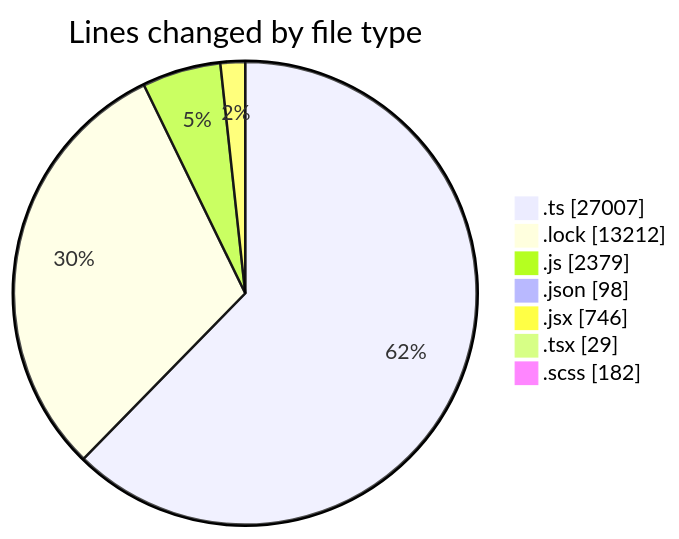
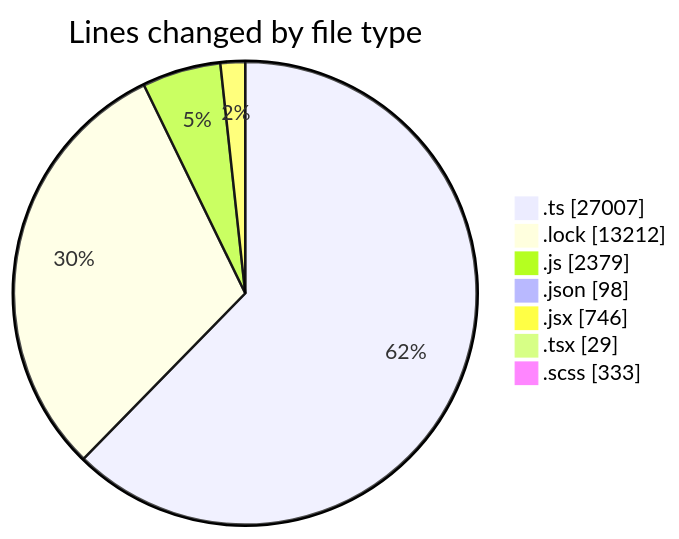
Before and after one commit to momahboobian/code-tracking: the first of 2 diagrams in 2025-05-16/cda/README.md, drawn with Mermaid. The commit also changed other lines of this file and 1 other file, not shown here.

````diff
--- a/2025-05-16/cda/README.md
+++ b/2025-05-16/cda/README.md
@@ -43,11 +44,11 @@
 ```mermaid
 pie showData
 title Lines changed by file type
 ".ts" : 27007
 ".lock" : 13212
 ".js" : 2379
 ".json" : 98
 ".jsx" : 746
 ".tsx" : 29
-".scss" : 182
+".scss" : 333
 ```
````
